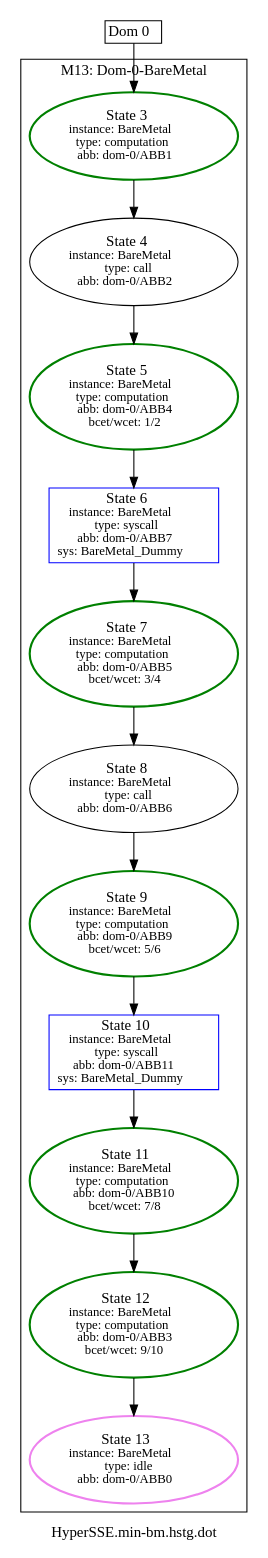
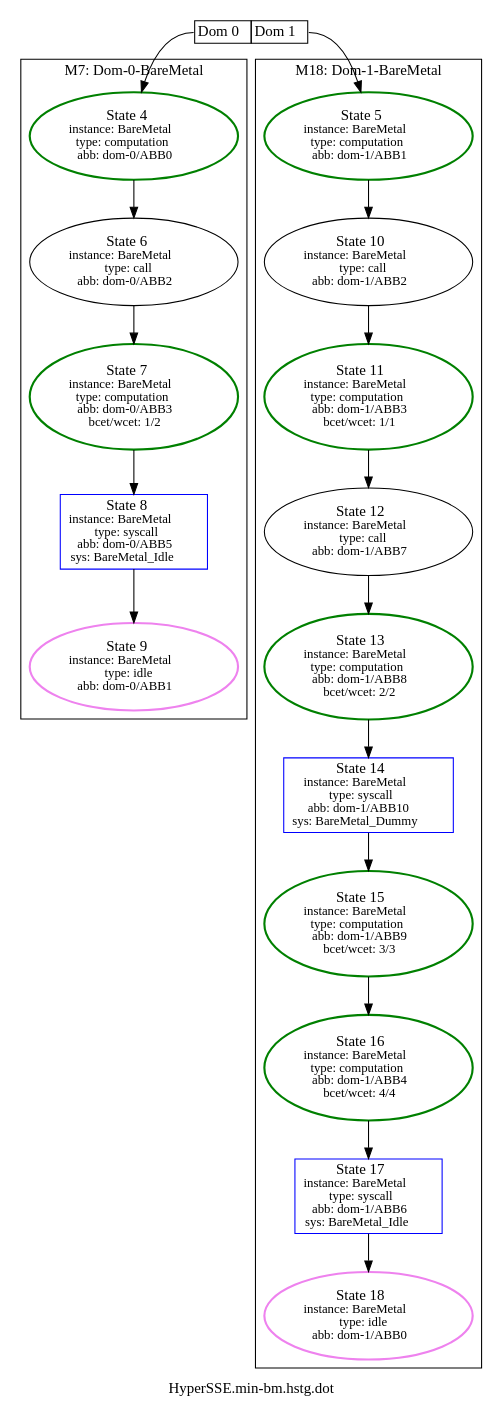
Before and after one commit to luhsra/ara: the diagram in appl/Xen/min-bm/HyperSSE.min-bm.hstg.dot, drawn with Graphviz. The commit also changed 20 other files, not shown here.

Commit message:
BareMetal: cleanup event.h location, add idle syscall, update xen testcases

```diff
--- a/appl/Xen/min-bm/HyperSSE.min-bm.hstg.dot
+++ b/appl/Xen/min-bm/HyperSSE.min-bm.hstg.dot
@@ -1,30 +1,42 @@
 digraph G {
 label="HyperSSE.min-bm.hstg.dot";
-1 [label=<<TABLE BORDER="0" CELLBORDER="1" CELLSPACING="0"><TR><TD PORT="c0">Dom 0</TD></TR></TABLE>>, shape=plaintext, tooltip=1];
-subgraph cluster_13 {
-label="M13: Dom-0-BareMetal";
-2 [color=green, fontsize=14, label=<State 3<br/><font point-size='12'>instance: BareMetal<br/>type: computation<br/>abb: dom-0/ABB1</font>>, style=bold, tooltip=2];
-3 [fontsize=14, label=<State 4<br/><font point-size='12'>instance: BareMetal<br/>type: call<br/>abb: dom-0/ABB2</font>>, tooltip=3];
-4 [color=green, fontsize=14, label=<State 5<br/><font point-size='12'>instance: BareMetal<br/>type: computation<br/>abb: dom-0/ABB4<br/>bcet/wcet: 1/2</font>>, style=bold, tooltip=4];
-5 [color=blue, fontsize=14, label=<State 6<br/><font point-size='12'>instance: BareMetal<br/>type: syscall<br/>abb: dom-0/ABB7<br/>sys: BareMetal_Dummy</font>>, shape=box, tooltip=5];
-6 [color=green, fontsize=14, label=<State 7<br/><font point-size='12'>instance: BareMetal<br/>type: computation<br/>abb: dom-0/ABB5<br/>bcet/wcet: 3/4</font>>, style=bold, tooltip=6];
-7 [fontsize=14, label=<State 8<br/><font point-size='12'>instance: BareMetal<br/>type: call<br/>abb: dom-0/ABB6</font>>, tooltip=7];
-8 [color=green, fontsize=14, label=<State 9<br/><font point-size='12'>instance: BareMetal<br/>type: computation<br/>abb: dom-0/ABB9<br/>bcet/wcet: 5/6</font>>, style=bold, tooltip=8];
-9 [color=blue, fontsize=14, label=<State 10<br/><font point-size='12'>instance: BareMetal<br/>type: syscall<br/>abb: dom-0/ABB11<br/>sys: BareMetal_Dummy</font>>, shape=box, tooltip=9];
-10 [color=green, fontsize=14, label=<State 11<br/><font point-size='12'>instance: BareMetal<br/>type: computation<br/>abb: dom-0/ABB10<br/>bcet/wcet: 7/8</font>>, style=bold, tooltip=10];
-11 [color=green, fontsize=14, label=<State 12<br/><font point-size='12'>instance: BareMetal<br/>type: computation<br/>abb: dom-0/ABB3<br/>bcet/wcet: 9/10</font>>, style=bold, tooltip=11];
-12 [color=violet, fontsize=14, label=<State 13<br/><font point-size='12'>instance: BareMetal<br/>type: idle<br/>abb: dom-0/ABB0</font>>, style=bold, tooltip=12];
+1 [label=<<TABLE BORDER="0" CELLBORDER="1" CELLSPACING="0"><TR><TD PORT="c0">Dom 0</TD><TD PORT="c1">Dom 1</TD></TR></TABLE>>, shape=plaintext, tooltip=1];
+subgraph cluster_7 {
+label="M7: Dom-0-BareMetal";
+2 [color=green, fontsize=14, label=<State 4<br/><font point-size='12'>instance: BareMetal<br/>type: computation<br/>abb: dom-0/ABB0</font>>, style=bold, tooltip=2];
+3 [fontsize=14, label=<State 6<br/><font point-size='12'>instance: BareMetal<br/>type: call<br/>abb: dom-0/ABB2</font>>, tooltip=3];
+4 [color=green, fontsize=14, label=<State 7<br/><font point-size='12'>instance: BareMetal<br/>type: computation<br/>abb: dom-0/ABB3<br/>bcet/wcet: 1/2</font>>, style=bold, tooltip=4];
+5 [color=blue, fontsize=14, label=<State 8<br/><font point-size='12'>instance: BareMetal<br/>type: syscall<br/>abb: dom-0/ABB5<br/>sys: BareMetal_Idle</font>>, shape=box, tooltip=5];
+6 [color=violet, fontsize=14, label=<State 9<br/><font point-size='12'>instance: BareMetal<br/>type: idle<br/>abb: dom-0/ABB1</font>>, style=bold, tooltip=6];
+}
+
+subgraph cluster_18 {
+label="M18: Dom-1-BareMetal";
+8 [color=green, fontsize=14, label=<State 5<br/><font point-size='12'>instance: BareMetal<br/>type: computation<br/>abb: dom-1/ABB1</font>>, style=bold, tooltip=8];
+9 [fontsize=14, label=<State 10<br/><font point-size='12'>instance: BareMetal<br/>type: call<br/>abb: dom-1/ABB2</font>>, tooltip=9];
+10 [color=green, fontsize=14, label=<State 11<br/><font point-size='12'>instance: BareMetal<br/>type: computation<br/>abb: dom-1/ABB3<br/>bcet/wcet: 1/1</font>>, style=bold, tooltip=10];
+11 [fontsize=14, label=<State 12<br/><font point-size='12'>instance: BareMetal<br/>type: call<br/>abb: dom-1/ABB7</font>>, tooltip=11];
+12 [color=green, fontsize=14, label=<State 13<br/><font point-size='12'>instance: BareMetal<br/>type: computation<br/>abb: dom-1/ABB8<br/>bcet/wcet: 2/2</font>>, style=bold, tooltip=12];
+13 [color=blue, fontsize=14, label=<State 14<br/><font point-size='12'>instance: BareMetal<br/>type: syscall<br/>abb: dom-1/ABB10<br/>sys: BareMetal_Dummy</font>>, shape=box, tooltip=13];
+14 [color=green, fontsize=14, label=<State 15<br/><font point-size='12'>instance: BareMetal<br/>type: computation<br/>abb: dom-1/ABB9<br/>bcet/wcet: 3/3</font>>, style=bold, tooltip=14];
+15 [color=green, fontsize=14, label=<State 16<br/><font point-size='12'>instance: BareMetal<br/>type: computation<br/>abb: dom-1/ABB4<br/>bcet/wcet: 4/4</font>>, style=bold, tooltip=15];
+16 [color=blue, fontsize=14, label=<State 17<br/><font point-size='12'>instance: BareMetal<br/>type: syscall<br/>abb: dom-1/ABB6<br/>sys: BareMetal_Idle</font>>, shape=box, tooltip=16];
+17 [color=violet, fontsize=14, label=<State 18<br/><font point-size='12'>instance: BareMetal<br/>type: idle<br/>abb: dom-1/ABB0</font>>, style=bold, tooltip=17];
 }
 
 1:c0 -> 2  [color=black];
+1:c1 -> 8  [color=black];
 2 -> 3  [color=black];
 3 -> 4  [color=black];
 4 -> 5  [color=black];
 5 -> 6  [color=black];
-6 -> 7  [color=black];
-7 -> 8  [color=black];
 8 -> 9  [color=black];
 9 -> 10  [color=black];
 10 -> 11  [color=black];
 11 -> 12  [color=black];
+12 -> 13  [color=black];
+13 -> 14  [color=black];
+14 -> 15  [color=black];
+15 -> 16  [color=black];
+16 -> 17  [color=black];
 }
```
